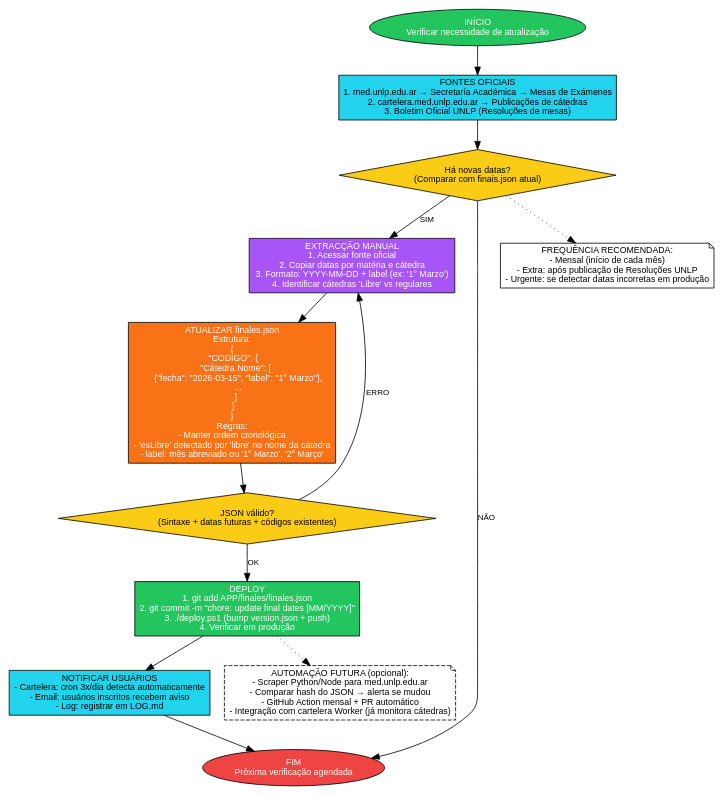
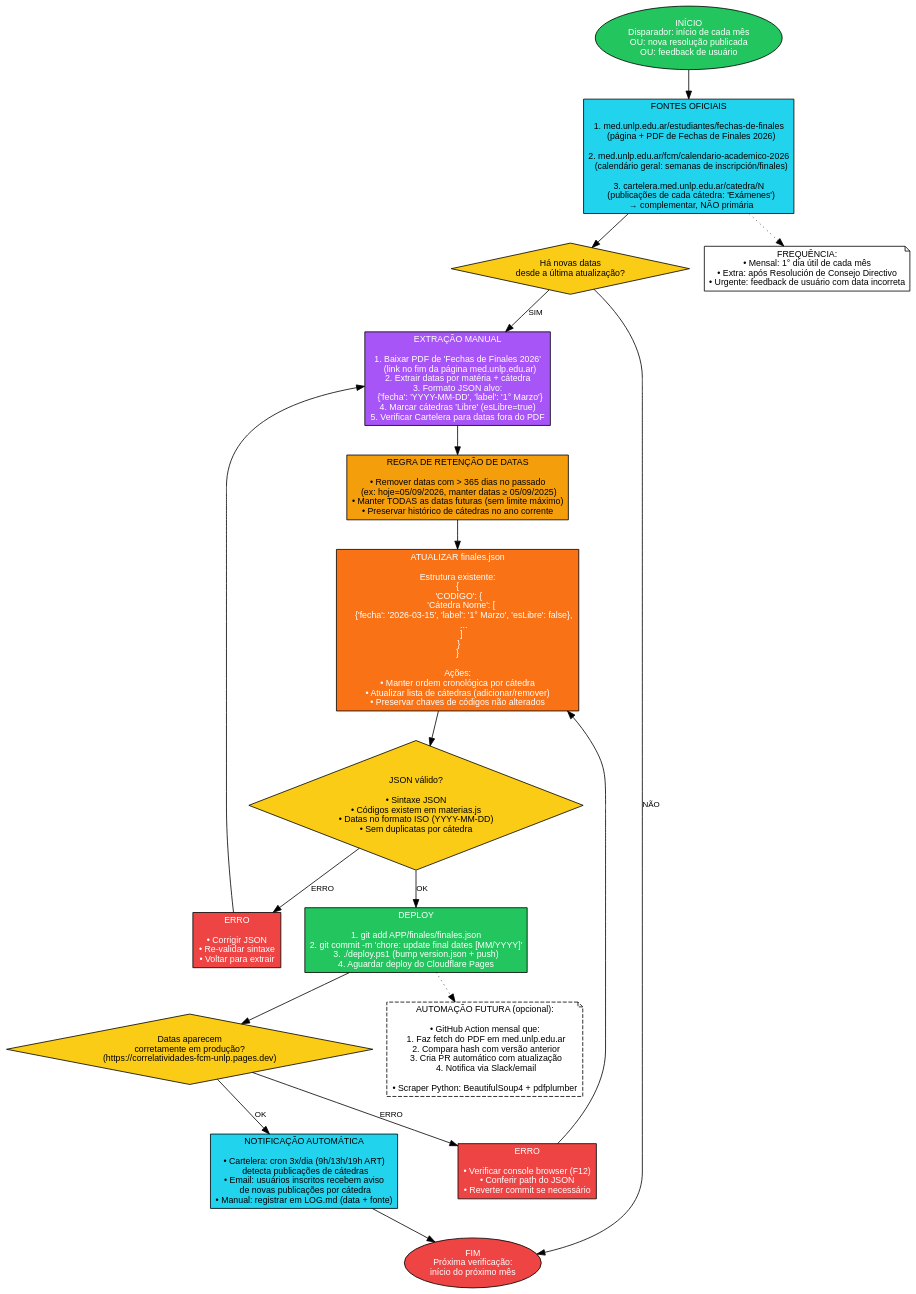
Before and after one commit to FelipeTesta/Correlatividades_FCM_UNLP: the diagram in FLOW/finales-update.dot, drawn with Graphviz. The commit also changed 1 other file, not shown here.

Commit message:
docs: refine finales-update.dot + add extension-projects-research.dot

```diff
--- a/FLOW/finales-update.dot
+++ b/FLOW/finales-update.dot
@@ -1,58 +1,74 @@
 digraph finales_update {
     rankdir=TB;
     node [fontname="Arial", fontsize=11];
     edge [fontname="Arial", fontsize=10];
+    bgcolor="transparent";
 
     // =============================
     // PROCEDIMENTO DE ATUALIZAÇÃO DE DATAS DE FINAIS
-    // Fonte oficial: Secretaría Académica - Facultad de Ciencias Médicas UNLP
-    // URL: https://med.unlp.edu.ar/secretaria-academica/mesas-de-examenes/
-    // Alternativa: cartelera.med.unlp.edu.ar (publicações de cátedras)
+    // Projeto: Correlatividades Medicina UNLP (v0.08)
     // =============================
 
-    inicio [shape=ellipse, style=filled, fillcolor="#22c55e", fontcolor=white, label="INÍCIO\nVerificar necessidade de atualização"];
-    
-    // Fonte oficial
-    fonte_oficial [shape=box, style=filled, fillcolor="#22d3ee", label="FONTES OFICIAIS\n1. med.unlp.edu.ar → Secretaría Académica → Mesas de Exámenes\n2. cartelera.med.unlp.edu.ar → Publicações de cátedras\n3. Boletim Oficial UNLP (Resoluções de mesas)"];
-    
-    // Verificação
-    verificar [shape=diamond, style=filled, fillcolor="#facc15", label="Há novas datas?\n(Comparar com finais.json atual)"];
-    
-    // Extração manual
-    extrair [shape=box, style=filled, fillcolor="#a855f7", fontcolor=white, label="EXTRACÇÃO MANUAL\n1. Acessar fonte oficial\n2. Copiar datas por matéria e cátedra\n3. Formato: YYYY-MM-DD + label (ex: '1° Marzo')\n4. Identificar cátedras 'Libre' vs regulares"];
-    
-    // Atualização JSON
-    atualizar_json [shape=box, style=filled, fillcolor="#f97316", fontcolor=white, label="ATUALIZAR finales.json\nEstrutura:\n{\n  \"CODIGO\": {\n    \"Cátedra Nome\": [\n      {\"fecha\": \"2026-03-15\", \"label\": \"1° Marzo\"},\n      ...\n    ]\n  }\n}\nRegras:\n- Manter ordem cronológica\n- 'esLibre' detectado por 'libre' no nome da cátedra\n- label: mês abreviado ou '1° Marzo', '2° Março'"];
-    
-    // Validação
-    validar [shape=diamond, style=filled, fillcolor="#facc15", label="JSON válido?\n(Sintaxe + datas futuras + códigos existentes)"];
-    
-    // Deploy
-    deploy [shape=box, style=filled, fillcolor="#22c55e", fontcolor=white, label="DEPLOY\n1. git add APP/finales/finales.json\n2. git commit -m \"chore: update final dates [MM/YYYY]\"\n3. ./deploy.ps1 (bump version.json + push)\n4. Verificar em produção"];
-    
-    // Notificação
-    notificar [shape=box, style=filled, fillcolor="#22d3ee", label="NOTIFICAR USUÁRIOS\n- Cartelera: cron 3x/dia detecta automaticamente\n- Email: usuários inscritos recebem aviso\n- Log: registrar em LOG.md"];
-    
-    fim [shape=ellipse, style=filled, fillcolor="#ef4444", fontcolor=white, label="FIM\nPróxima verificação agendada"];
+    // ENTRADA
+    inicio [shape=ellipse, style=filled, fillcolor="#22c55e", fontcolor=white, label="INÍCIO\nDisparador: início de cada mês\nOU: nova resolução publicada\nOU: feedback de usuário"];
 
-    // Fluxo principal
-    inicio -> fonte_oficial;
-    fonte_oficial -> verificar;
+    // FONTES
+    fontes [shape=box, style=filled, fillcolor="#22d3ee", label="FONTES OFICIAIS\n\n1. med.unlp.edu.ar/estudiantes/fechas-de-finales\n   (página + PDF de Fechas de Finales 2026)\n\n2. med.unlp.edu.ar/fcm/calendario-academico-2026\n   (calendário geral: semanas de inscripción/finales)\n\n3. cartelera.med.unlp.edu.ar/catedra/N\n   (publicações de cada cátedra: 'Exámenes')\n   → complementar, NÃO primária"];
+
+    // VERIFICAÇÃO
+    verificar [shape=diamond, style=filled, fillcolor="#facc15", label="Há novas datas\ndesde a última atualização?"];
+
+    // EXTRAÇÃO
+    extrair [shape=box, style=filled, fillcolor="#a855f7", fontcolor=white, label="EXTRAÇÃO MANUAL\n\n1. Baixar PDF de 'Fechas de Finales 2026'\n   (link no fim da página med.unlp.edu.ar)\n2. Extrair datas por matéria + cátedra\n3. Formato JSON alvo:\n   {'fecha': 'YYYY-MM-DD', 'label': '1° Marzo'}\n4. Marcar cátedras 'Libre' (esLibre=true)\n5. Verificar Cartelera para datas fora do PDF"];
+
+    // REGRA DE RETENÇÃO
+    retencao [shape=box, style=filled, fillcolor="#f59e0b", fontcolor=black, label="REGRA DE RETENÇÃO DE DATAS\n\n• Remover datas com > 365 dias no passado\n  (ex: hoje=05/09/2026, manter datas ≥ 05/09/2025)\n• Manter TODAS as datas futuras (sem limite máximo)\n• Preservar histórico de cátedras no ano corrente"];
+
+    // ATUALIZAÇÃO JSON
+    atualizar_json [shape=box, style=filled, fillcolor="#f97316", fontcolor=white, label="ATUALIZAR finales.json\n\nEstrutura existente:\n{\n  'CODIGO': {\n    'Cátedra Nome': [\n      {'fecha': '2026-03-15', 'label': '1° Marzo', 'esLibre': false},\n      ...\n    ]\n  }\n}\n\nAções:\n• Manter ordem cronológica por cátedra\n• Atualizar lista de cátedras (adicionar/remover)\n• Preservar chaves de códigos não alterados"];
+
+    // VALIDAÇÃO
+    validar [shape=diamond, style=filled, fillcolor="#facc15", label="JSON válido?\n\n• Sintaxe JSON\n• Códigos existem em materias.js\n• Datas no formato ISO (YYYY-MM-DD)\n• Sem duplicatas por cátedra"];
+
+    // DEPLOY
+    deploy [shape=box, style=filled, fillcolor="#22c55e", fontcolor=white, label="DEPLOY\n\n1. git add APP/finales/finales.json\n2. git commit -m 'chore: update final dates [MM/YYYY]'\n3. ./deploy.ps1 (bump version.json + push)\n4. Aguardar deploy do Cloudflare Pages"];
+
+    // VALIDAÇÃO PÓS-DEPLOY
+    pos_validar [shape=diamond, style=filled, fillcolor="#facc15", label="Datas aparecem\ncorretamente em produção?\n(https://correlatividades-fcm-unlp.pages.dev)"];
+
+    // NOTIFICAÇÃO
+    notificar [shape=box, style=filled, fillcolor="#22d3ee", label="NOTIFICAÇÃO AUTOMÁTICA\n\n• Cartelera: cron 3x/dia (9h/13h/19h ART)\n  detecta publicações de cátedras\n• Email: usuários inscritos recebem aviso\n  de novas publicações por cátedra\n• Manual: registrar em LOG.md (data + fonte)"];
+
+    // FIM
+    fim [shape=ellipse, style=filled, fillcolor="#ef4444", fontcolor=white, label="FIM\nPróxima verificação:\ninício do próximo mês"];
+
+    // ERRO
+    erro_json [shape=box, style=filled, fillcolor="#ef4444", fontcolor=white, label="ERRO\n\n• Corrigir JSON\n• Re-validar sintaxe\n• Voltar para extrair"];
+
+    erro_prod [shape=box, style=filled, fillcolor="#ef4444", fontcolor=white, label="ERRO\n\n• Verificar console browser (F12)\n• Conferir path do JSON\n• Reverter commit se necessário"];
+
+    // FLUXO PRINCIPAL
+    inicio -> fontes;
+    fontes -> verificar;
     verificar -> extrair [label="SIM"];
     verificar -> fim [label="NÃO"];
-    extrair -> atualizar_json;
+    extrair -> retencao;
+    retencao -> atualizar_json;
     atualizar_json -> validar;
     validar -> deploy [label="OK"];
-    validar -> extrair [label="ERRO"];
-    deploy -> notificar;
+    validar -> erro_json [label="ERRO"];
+    erro_json -> extrair;
+    deploy -> pos_validar;
+    pos_validar -> notificar [label="OK"];
+    pos_validar -> erro_prod [label="ERRO"];
+    erro_prod -> atualizar_json;
     notificar -> fim;
 
-    // Frequência
-    frequencia [shape=note, label="FREQUÊNCIA RECOMENDADA:\n- Mensal (início de cada mês)\n- Extra: após publicação de Resoluções UNLP\n- Urgente: se detectar datas incorretas em produção"];
-    
-    // Automação futura
-    automacao [shape=note, style=dashed, label="AUTOMAÇÃO FUTURA (opcional):\n- Scraper Python/Node para med.unlp.edu.ar\n- Comparar hash do JSON → alerta se mudou\n- GitHub Action mensal + PR automático\n- Integração com cartelera Worker (já monitora cátedras)"];
+    // NOTAS
+    frequencia [shape=note, label="FREQUÊNCIA:\n• Mensal: 1° dia útil de cada mês\n• Extra: após Resolución de Consejo Directivo\n• Urgente: feedback de usuário com data incorreta"];
 
-    verificar -> frequencia [style=dotted];
+    automacao [shape=note, style=dashed, label="AUTOMAÇÃO FUTURA (opcional):\n\n• GitHub Action mensal que:\n  1. Faz fetch do PDF em med.unlp.edu.ar\n  2. Compara hash com versão anterior\n  3. Cria PR automático com atualização\n  4. Notifica via Slack/email\n\n• Scraper Python: BeautifulSoup4 + pdfplumber"];
+
+    fontes -> frequencia [style=dotted];
     deploy -> automacao [style=dotted];
 }
```
